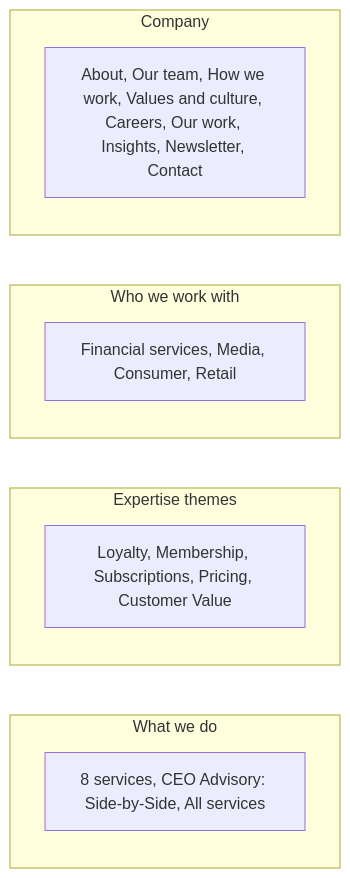
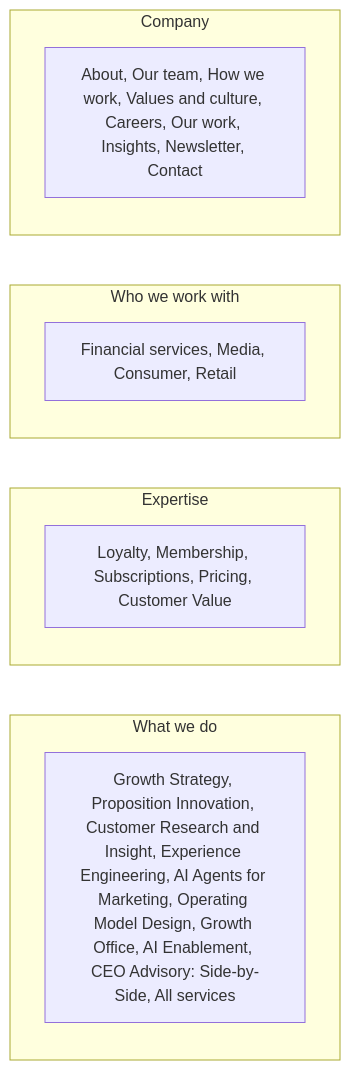
Before and after one commit to gsdd/temp-manifesto-ia: the seventh of 7 diagrams in docs/diagrams/mega-nav.md, drawn with Mermaid. The commit also changed other lines of this file and 1 other file, not shown here.

Commit message:
v3 primary navigation: plain-language labels and subtitles, three services renamed to searched terms, acronyms removed, Expertise label

````diff
--- a/docs/diagrams/mega-nav.md
+++ b/docs/diagrams/mega-nav.md
@@ -133,19 +133,19 @@
 ```mermaid
 flowchart LR
     subgraph F1["What we do"]
         direction TB
-        F1a["8 services, CEO Advisory: Side-by-Side, All services"]
+        F1a["Growth Strategy, Proposition Innovation, Customer Research and Insight, Experience Engineering, AI Agents for Marketing, Operating Model Design, Growth Office, AI Enablement, CEO Advisory: Side-by-Side, All services"]
     end
-    subgraph F2["Expertise themes"]
+    subgraph F2["Expertise"]
         direction TB
         F2a["Loyalty, Membership, Subscriptions, Pricing, Customer Value"]
     end
     subgraph F3["Who we work with"]
         direction TB
         F3a["Financial services, Media, Consumer, Retail"]
     end
     subgraph F4["Company"]
         direction TB
         F4a["About, Our team, How we work, Values and culture, Careers, Our work, Insights, Newsletter, Contact"]
     end
 ```
````
